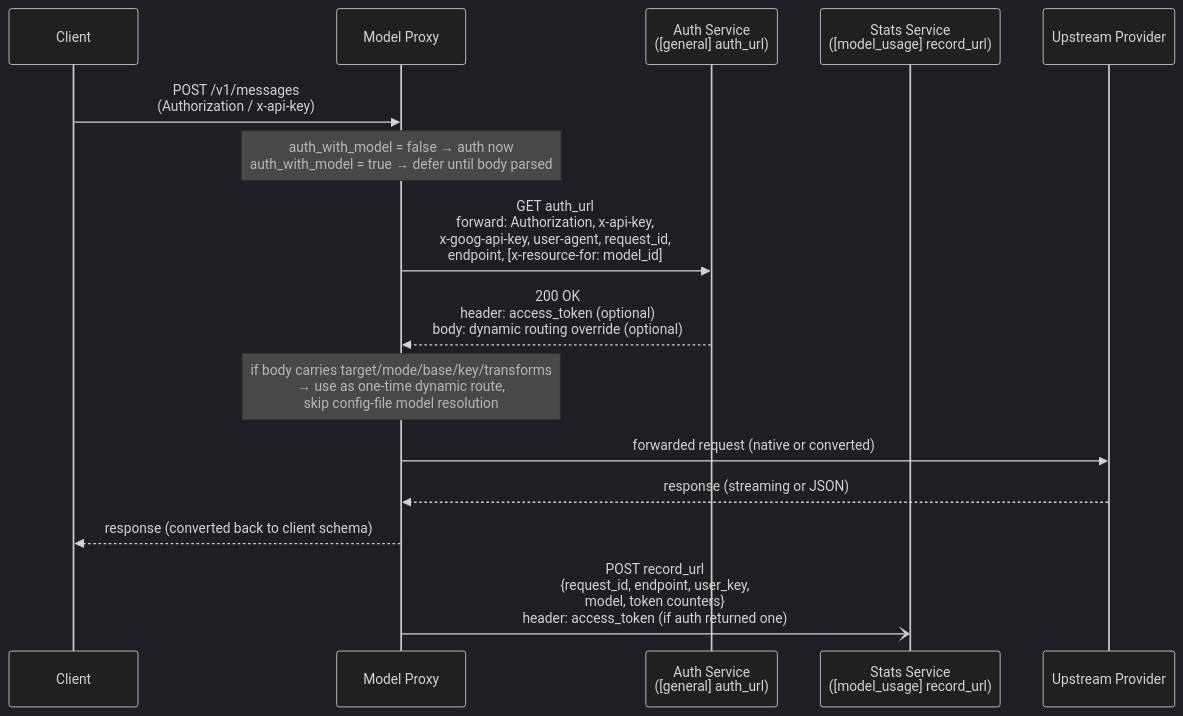
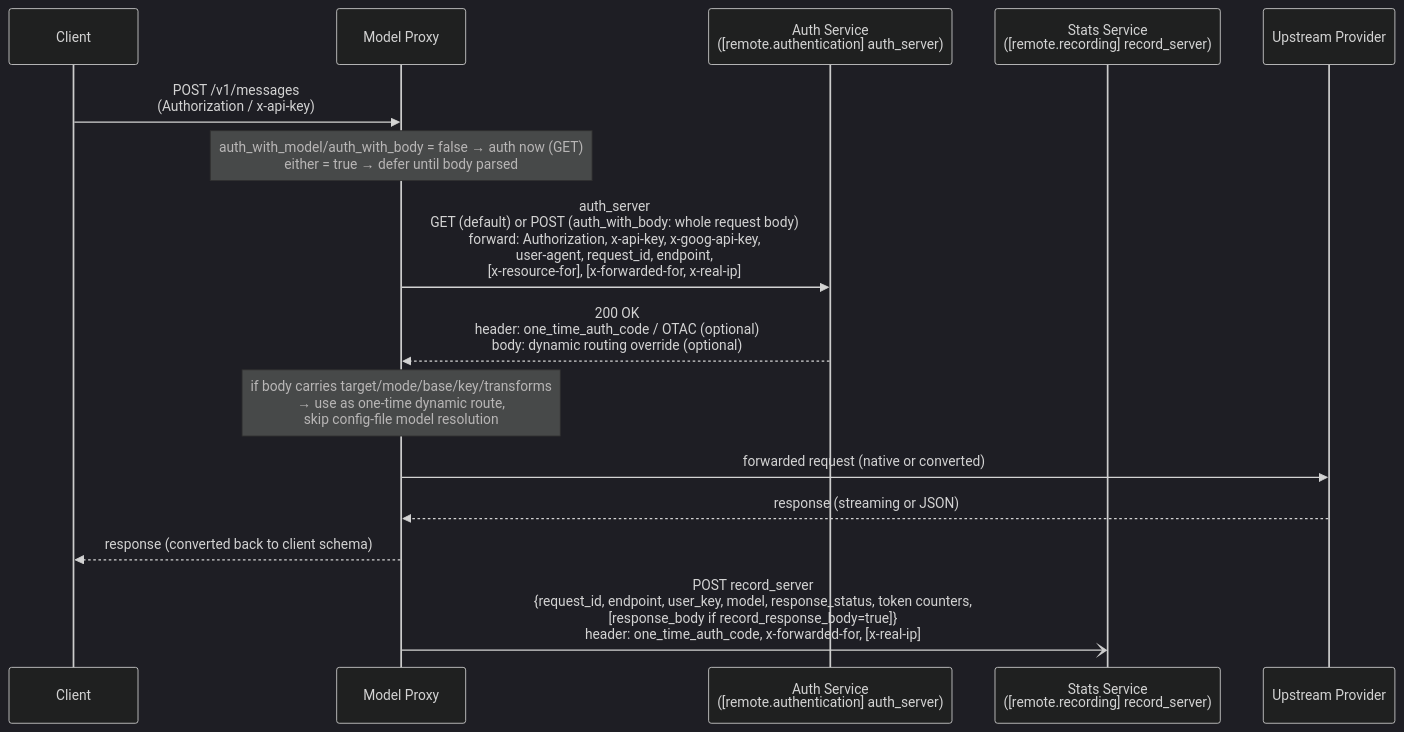
One commit to qidu/claude_proxy_v3 changed the diagram in README.md. Above: the diagram before and after it, drawn with Mermaid (dark theme). The commit also changed other lines of this file and 14 other files, not shown here.

Commit message:
feat(auth) refactor req/resp data between proxy and the remote authentication and stat recording service.

````diff
--- a/README.md
+++ b/README.md
@@ -41,18 +41,18 @@
 ```mermaid
 sequenceDiagram
     participant C as Client
     participant P as Model Proxy
-    participant A as Auth Service<br/>([general] auth_url)
-    participant S as Stats Service<br/>([model_usage] record_url)
+    participant A as Auth Service<br/>([remote.authentication] auth_server)
+    participant S as Stats Service<br/>([remote.recording] record_server)
     participant U as Upstream Provider
 
     C->>P: POST /v1/messages<br/>(Authorization / x-api-key)
-    Note over P: auth_with_model = false → auth now<br/>auth_with_model = true → defer until body parsed
-    P->>A: GET auth_url<br/>forward: Authorization, x-api-key,<br/>x-goog-api-key, user-agent, request_id,<br/>endpoint, [x-resource-for: model_id]
-    A-->>P: 200 OK<br/>header: access_token (optional)<br/>body: dynamic routing override (optional)
+    Note over P: auth_with_model/auth_with_body = false → auth now (GET)<br/>either = true → defer until body parsed
+    P->>A: auth_server<br/>GET (default) or POST (auth_with_body: whole request body)<br/>forward: Authorization, x-api-key, x-goog-api-key,<br/>user-agent, request_id, endpoint,<br/>[x-resource-for], [x-forwarded-for, x-real-ip]
+    A-->>P: 200 OK<br/>header: one_time_auth_code / OTAC (optional)<br/>body: dynamic routing override (optional)
     Note over P: if body carries target/mode/base/key/transforms<br/>→ use as one-time dynamic route,<br/>skip config-file model resolution
     P->>U: forwarded request (native or converted)
     U-->>P: response (streaming or JSON)
     P-->>C: response (converted back to client schema)
-    P-)S: POST record_url<br/>{request_id, endpoint, user_key,<br/>model, token counters}<br/>header: access_token (if auth returned one)
+    P-)S: POST record_server<br/>{request_id, endpoint, user_key, model, response_status, token counters,<br/>[response_body if record_response_body=true]}<br/>header: one_time_auth_code, x-forwarded-for, [x-real-ip]
 ```
````
